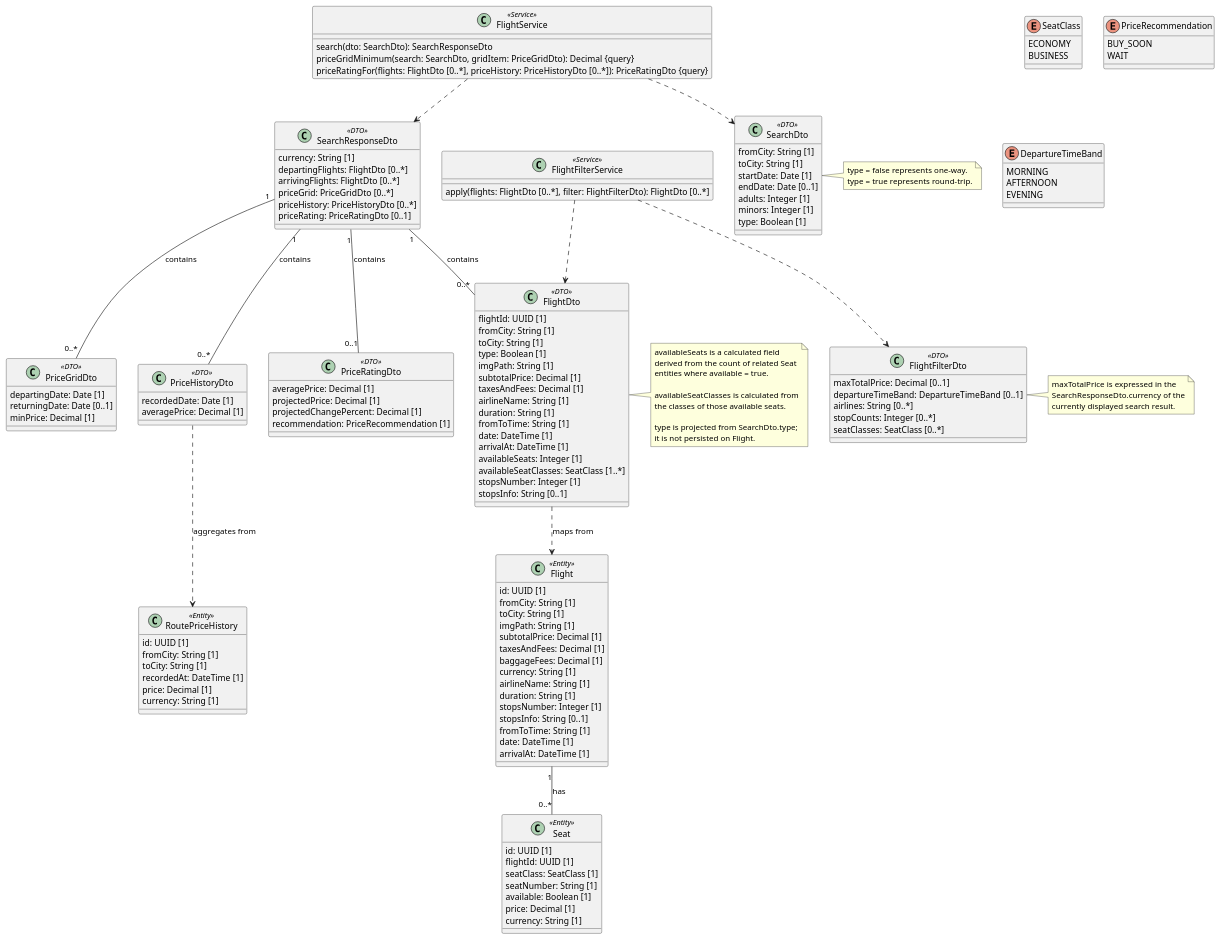
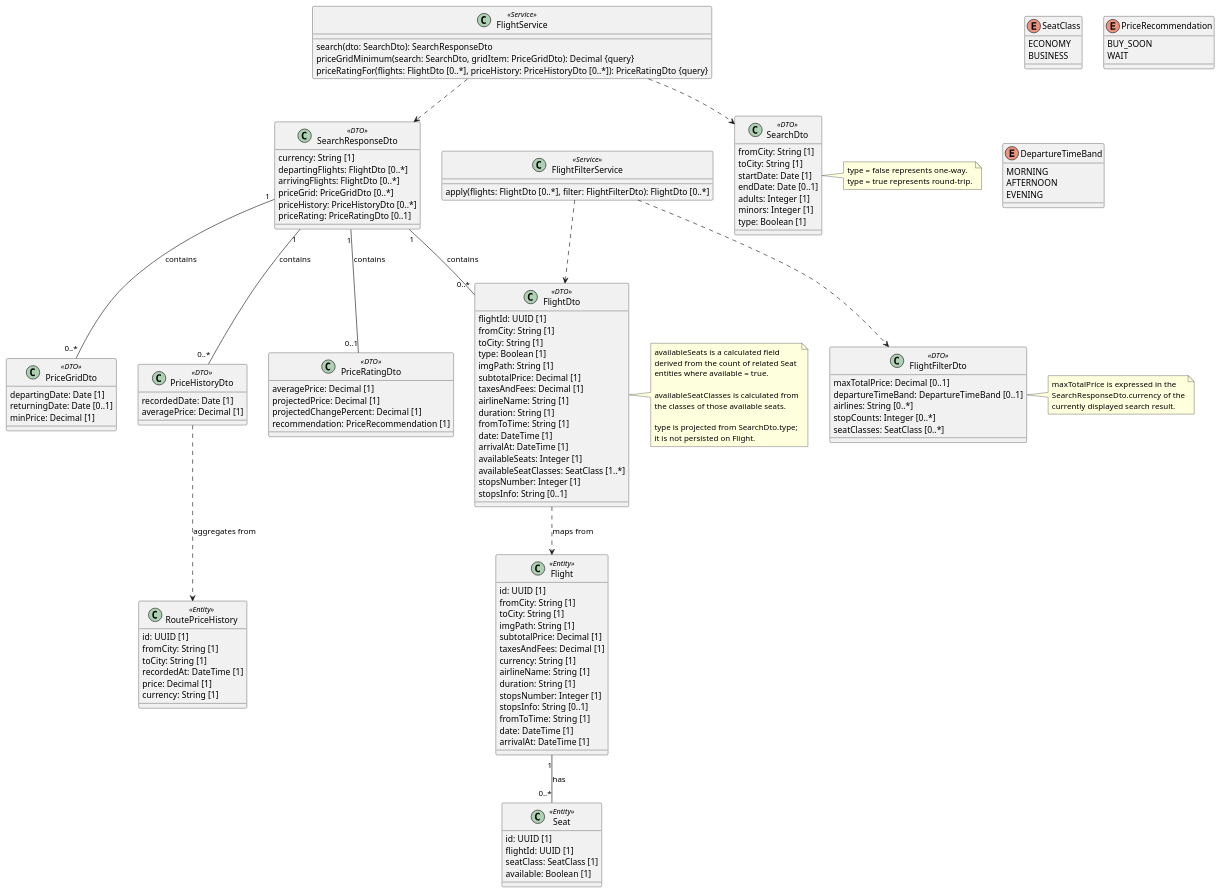
The diagram in 01-inception/use-cases/uc-01-search-flights.md (khanhNguyenHong2311/VT-TripmaSpecification), drawn with PlantUML before and after one commit. The commit also changed 12 other files, not shown here.

Commit message:
feat: add database-schema, uc08, 09, 12; modify: all uc

```diff
--- a/01-inception/use-cases/uc-01-search-flights.md
+++ b/01-inception/use-cases/uc-01-search-flights.md
@@ -120,7 +120,6 @@
   imgPath: String [1]
   subtotalPrice: Decimal [1]
   taxesAndFees: Decimal [1]
-  baggageFees: Decimal [1]
   currency: String [1]
   airlineName: String [1]
   duration: String [1]
@@ -135,10 +134,7 @@
   id: UUID [1]
   flightId: UUID [1]
   seatClass: SeatClass [1]
-  seatNumber: String [1]
   available: Boolean [1]
-  price: Decimal [1]
-  currency: String [1]
 }
 
 enum SeatClass {
```
